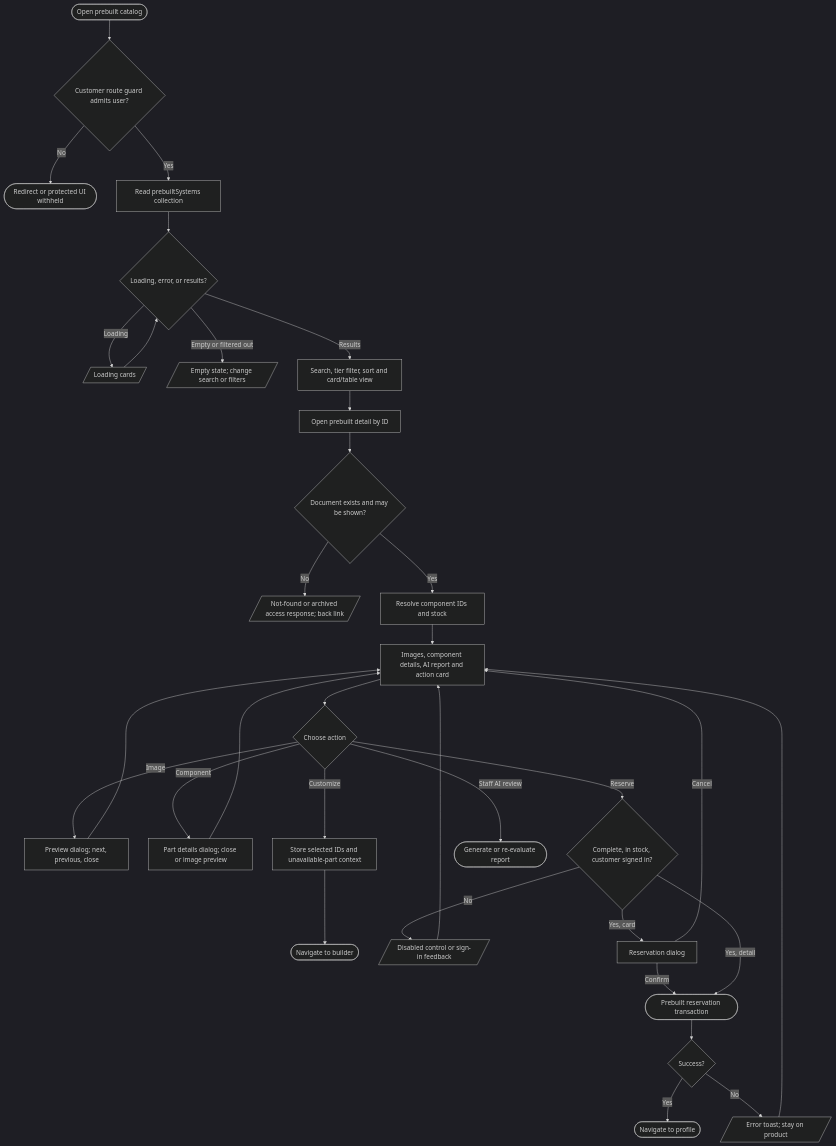
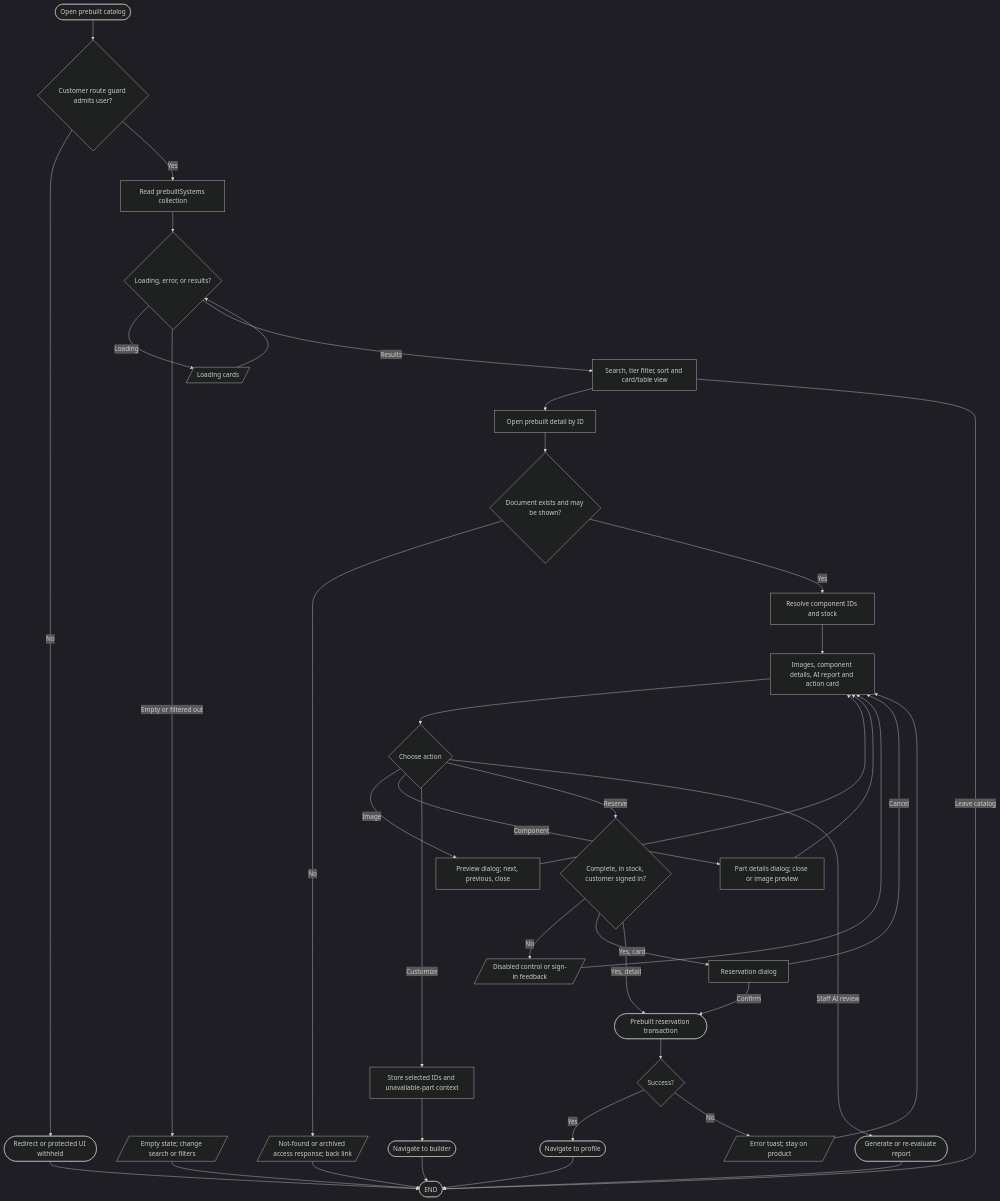
The diagram in docs/flowcharts/prebuilts-flowchart.md (VirgenRayzon/BuilbotAI), drawn with Mermaid (dark theme) before and after one commit. The commit also changed other lines of this file and 109 other files, not shown here.

Commit message:
feat(builder): add live recommendations, budget slider, and updated system flowcharts

````diff
--- a/docs/flowcharts/prebuilts-flowchart.md
+++ b/docs/flowcharts/prebuilts-flowchart.md
@@ -3,29 +7,36 @@
 ```mermaid
 flowchart TD
   Start([Open prebuilt catalog]) --> Guard{Customer route guard admits user?}
   Guard -- No --> Deny([Redirect or protected UI withheld])
   Guard -- Yes --> Query[Read prebuiltSystems collection]
   Query --> State{Loading, error, or results?}
   State -- Loading --> Wait[/Loading cards/] --> State
   State -- Empty or filtered out --> Empty[/Empty state; change search or filters/]
   State -- Results --> Browse[Search, tier filter, sort and card/table view]
   Browse --> Open[Open prebuilt detail by ID]
   Open --> Found{Document exists and may be shown?}
   Found -- No --> Missing[/Not-found or archived access response; back link/]
   Found -- Yes --> Resolve[Resolve component IDs and stock]
   Resolve --> View[Images, component details, AI report and action card]
   View --> Action{Choose action}
   Action -- Image --> Preview[Preview dialog; next, previous, close] --> View
   Action -- Component --> Part[Part details dialog; close or image preview] --> View
   Action -- Customize --> Payload[Store selected IDs and unavailable-part context] --> Builder([Navigate to builder])
   Action -- Reserve --> Eligible{Complete, in stock, customer signed in?}
   Eligible -- No --> Disabled[/Disabled control or sign-in feedback/] --> View
   Eligible -- Yes, card --> Confirm[Reservation dialog]
   Confirm -- Cancel --> View
   Confirm -- Confirm --> Reserve([Prebuilt reservation transaction])
   Eligible -- Yes, detail --> Reserve
   Reserve --> Outcome{Success?}
   Outcome -- Yes --> Profile([Navigate to profile])
   Outcome -- No --> Error[/Error toast; stay on product/] --> View
   Action -- Staff AI review --> Ai([Generate or re-evaluate report])
+  Deny --> Finish([END])
+  Empty --> Finish
+  Missing --> Finish
+  Builder --> Finish
+  Profile --> Finish
+  Ai --> Finish
+  Browse -- Leave catalog --> Finish
 ```
````
